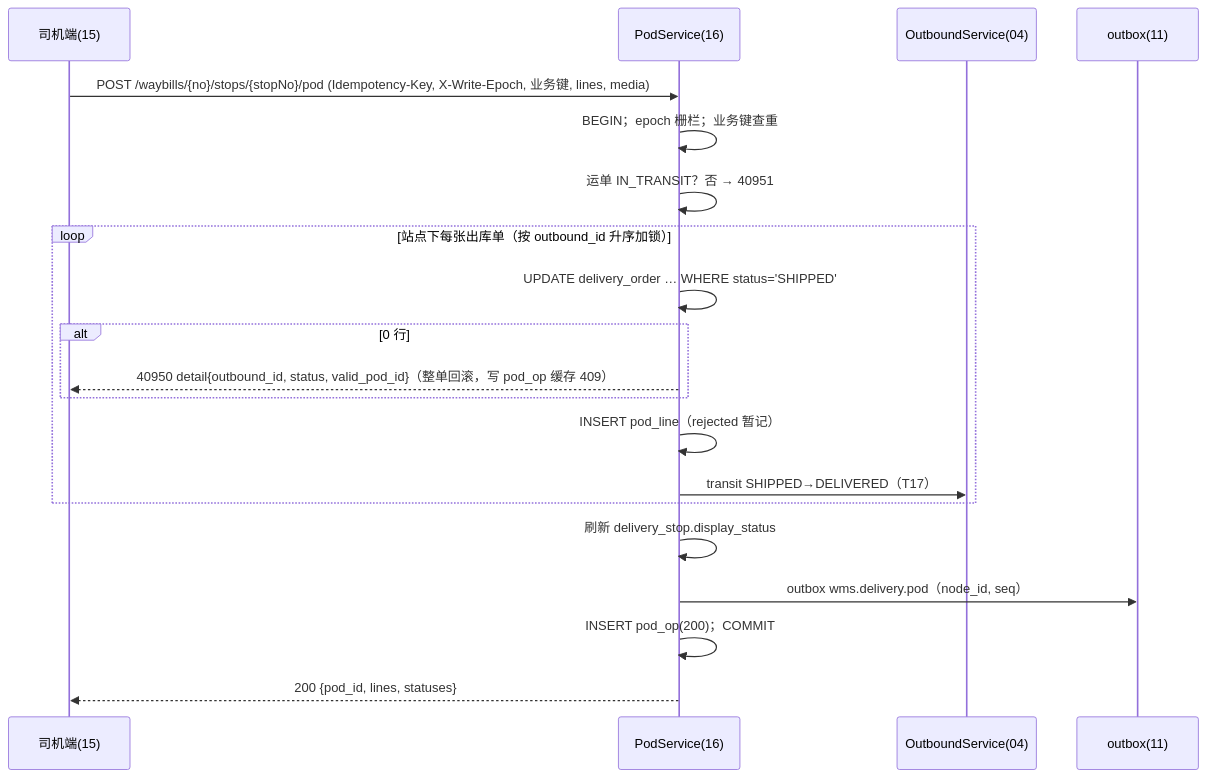
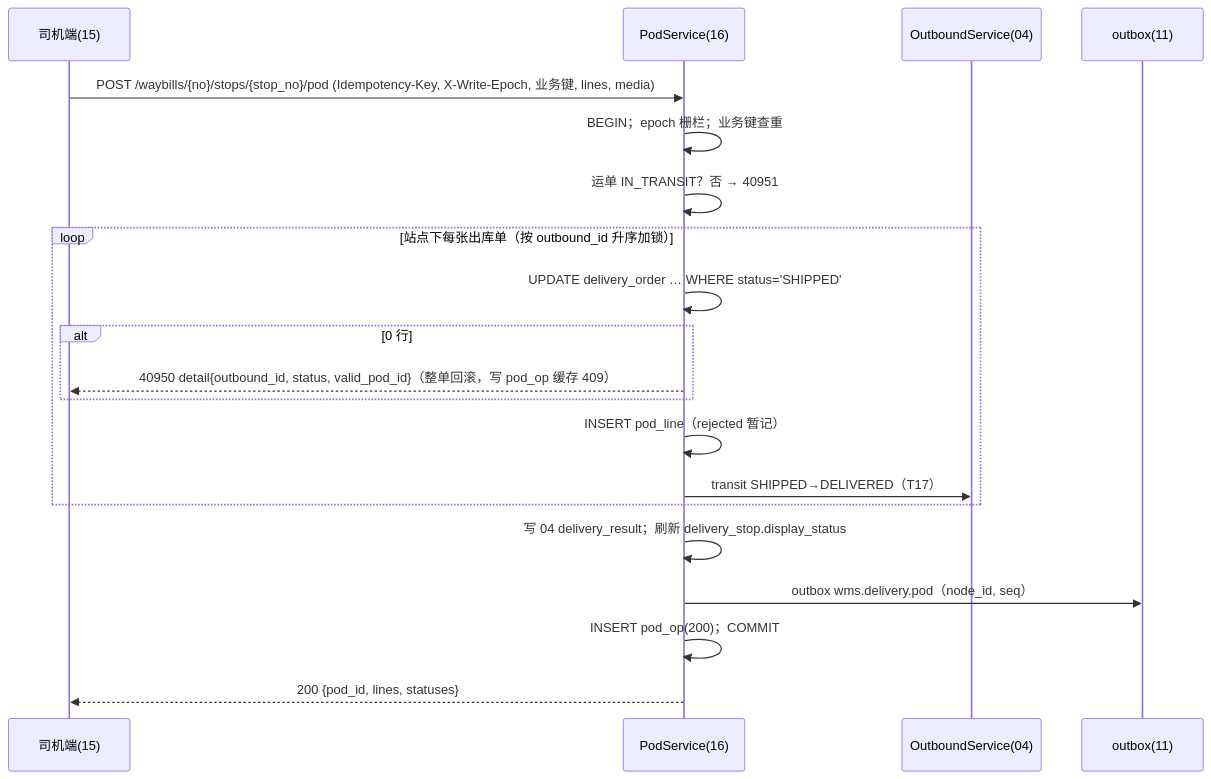
Before and after one commit to Akarin7784/fresh-wms: the third of 5 diagrams in docs/16-配送与签收.md, drawn with Mermaid. The commit also changed other lines of this file and 4 other files, not shown here.

Commit message:
docs(16): 大肥鱼定案 + 小周 8 条：更正只走第 12 篇 /approvals（在线、同事务执行、服务端分配 correct_seq）、pod_correction 按审批单号关联、key_type 去掉 POD_CORRECT、delivery_result 引用 04、40934/40935、40951 reason 枚举、snake_case、展示值、版本落后、预签名；关闭 Q-A/C/E/G/H/I

````diff
--- a/docs/16-配送与签收.md
+++ b/docs/16-配送与签收.md
@@ -212,22 +209,22 @@
 ```mermaid
 sequenceDiagram
   participant D as 司机端(15)
   participant S as PodService(16)
   participant O as OutboundService(04)
   participant X as outbox(11)
-  D->>S: POST /waybills/{no}/stops/{stopNo}/pod (Idempotency-Key, X-Write-Epoch, 业务键, lines, media)
+  D->>S: POST /waybills/{no}/stops/{stop_no}/pod (Idempotency-Key, X-Write-Epoch, 业务键, lines, media)
   S->>S: BEGIN；epoch 栅栏；业务键查重
   S->>S: 运单 IN_TRANSIT？否 → 40951
   loop 站点下每张出库单（按 outbound_id 升序加锁）
     S->>S: UPDATE delivery_order … WHERE status='SHIPPED'
     alt 0 行
       S-->>D: 40950 detail{outbound_id, status, valid_pod_id}（整单回滚，写 pod_op 缓存 409）
     end
     S->>S: INSERT pod_line（rejected 暂记）
     S->>O: transit SHIPPED→DELIVERED（T17）
   end
-  S->>S: 刷新 delivery_stop.display_status
+  S->>S: 写 04 delivery_result；刷新 delivery_stop.display_status
   S->>X: outbox wms.delivery.pod（node_id, seq）
   S->>S: INSERT pod_op(200)；COMMIT
   S-->>D: 200 {pod_id, lines, statuses}
 ```
````
